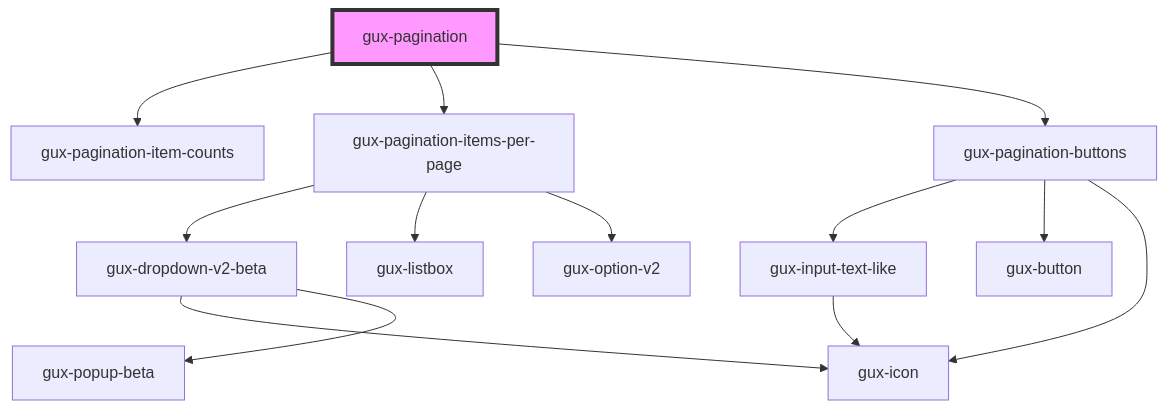
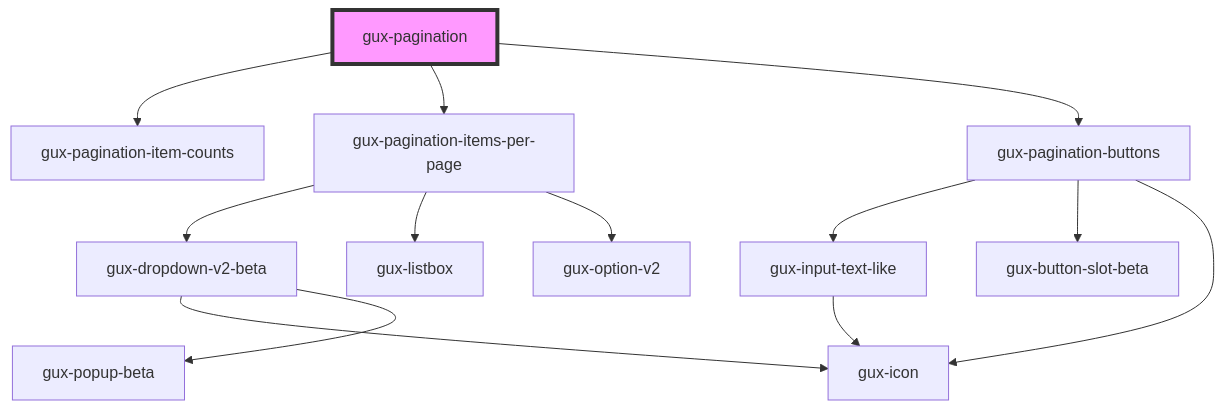
The diagram in src/components/stable/gux-pagination/readme.md (MyPureCloud/genesys-spark), drawn with Mermaid before and after one commit. The commit also changed 12 other files, not shown here.

````diff
--- a/src/components/stable/gux-pagination/readme.md
+++ b/src/components/stable/gux-pagination/readme.md
@@ -41,16 +41,16 @@
 ```mermaid
 graph TD;
   gux-pagination --> gux-pagination-item-counts
   gux-pagination --> gux-pagination-items-per-page
   gux-pagination --> gux-pagination-buttons
   gux-pagination-items-per-page --> gux-dropdown-v2-beta
   gux-pagination-items-per-page --> gux-listbox
   gux-pagination-items-per-page --> gux-option-v2
   gux-dropdown-v2-beta --> gux-icon
   gux-dropdown-v2-beta --> gux-popup-beta
   gux-pagination-buttons --> gux-input-text-like
-  gux-pagination-buttons --> gux-button
+  gux-pagination-buttons --> gux-button-slot-beta
   gux-pagination-buttons --> gux-icon
   gux-input-text-like --> gux-icon
   style gux-pagination fill:#f9f,stroke:#333,stroke-width:4px
 ```
````
